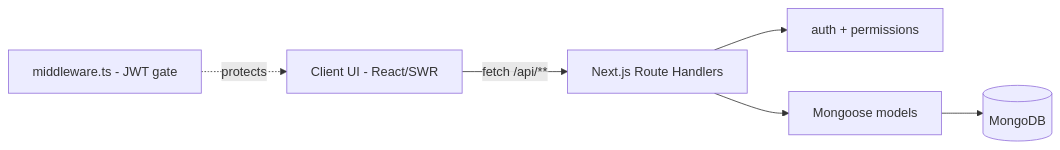
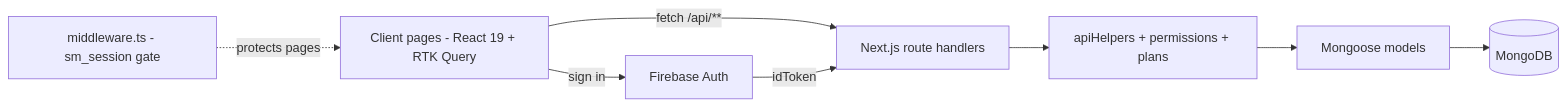
One commit to harshhsahu/Sprint-managment-tool changed the diagram in docs/07-system-architecture.md. Above: the diagram before and after it, drawn with Mermaid. The commit also changed other lines of this file and 52 other files, not shown here.

````diff
--- a/docs/07-system-architecture.md
+++ b/docs/07-system-architecture.md
@@ -8,8 +13,10 @@
 ```mermaid
 flowchart LR
-  UI[Client UI - React/SWR] -->|fetch /api/**| API[Next.js Route Handlers]
-  MW[middleware.ts - JWT gate] -.protects.-> UI
-  API --> AUTH[auth + permissions]
-  API --> MODELS[Mongoose models]
+  UI[Client pages - React 19 + RTK Query] -->|fetch /api/**| API[Next.js route handlers]
+  MW[middleware.ts - sm_session gate] -.protects pages.-> UI
+  UI -->|sign in| FB[Firebase Auth]
+  FB -->|idToken| API
+  API --> LIB[apiHelpers + permissions + plans]
+  LIB --> MODELS[Mongoose models]
   MODELS --> DB[(MongoDB)]
 ```
````
